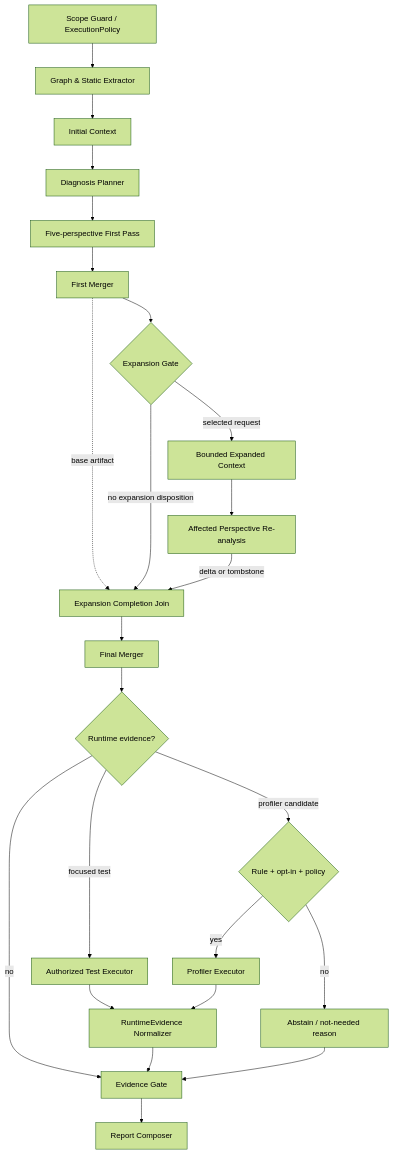
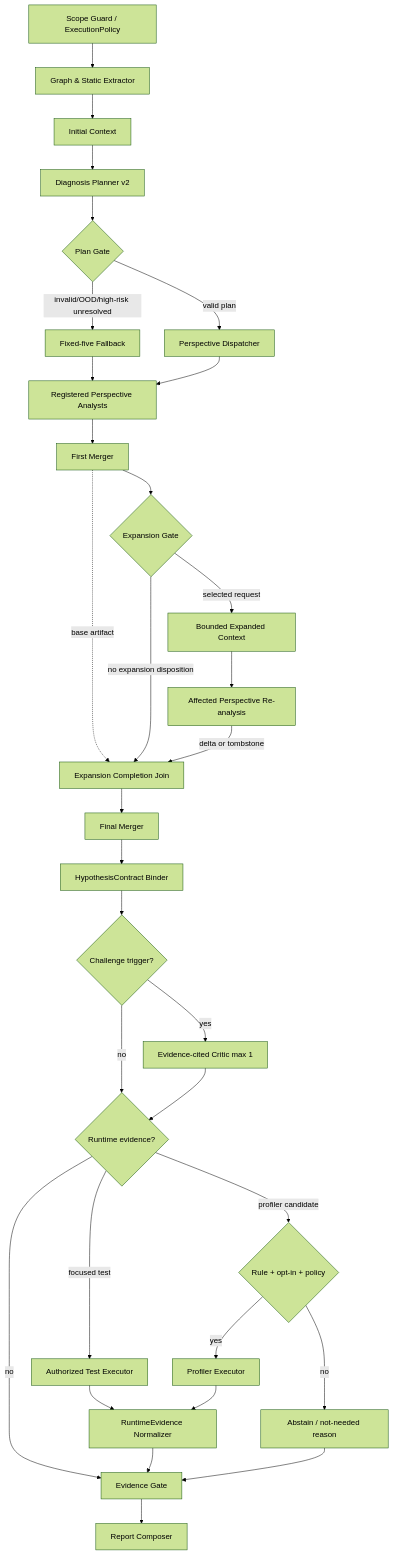
One commit to SonWY2/ai_cert_own changed the diagram in docs/ai-selection-matrix/04-agent-orchestration-adr.md. Above: the diagram before and after it, drawn with Mermaid (forest theme). The commit also changed other lines of this file and 28 other files, not shown here.

````diff
--- a/docs/ai-selection-matrix/04-agent-orchestration-adr.md
+++ b/docs/ai-selection-matrix/04-agent-orchestration-adr.md
@@ -35,26 +38,34 @@
 ```mermaid
 flowchart TD
     A[Scope Guard / ExecutionPolicy] --> B[Graph & Static Extractor]
     B --> C1[Initial Context]
-    C1 --> PL[Diagnosis Planner]
-    PL --> D1[Five-perspective First Pass]
+    C1 --> PL[Diagnosis Planner v2]
+    PL --> PG{Plan Gate}
+    PG -- invalid/OOD/high-risk unresolved --> F5[Fixed-five Fallback]
+    PG -- valid plan --> DS[Perspective Dispatcher]
+    F5 --> D1[Registered Perspective Analysts]
+    DS --> D1
     D1 --> M1[First Merger]
     M1 --> EG{Expansion Gate}
     M1 -. base artifact .-> J[Expansion Completion Join]
     EG -- no expansion disposition --> J
     EG -- selected request --> C2[Bounded Expanded Context]
     C2 --> D2[Affected Perspective Re-analysis]
     D2 -->|delta or tombstone| J
     J --> M2[Final Merger]
-    M2 --> R{Runtime evidence?}
+    M2 --> HC[HypothesisContract Binder]
+    HC --> Q{Challenge trigger?}
+    Q -- yes --> CR[Evidence-cited Critic max 1]
+    Q -- no --> R{Runtime evidence?}
+    CR --> R
     R -- no --> K[Evidence Gate]
     R -- focused test --> X[Authorized Test Executor]
     R -- profiler candidate --> O{Rule + opt-in + policy}
     O -- no --> A1[Abstain / not-needed reason]
     O -- yes --> Y[Profiler Executor]
     X --> H[RuntimeEvidence Normalizer]
     Y --> H
     H --> K
     A1 --> K
     K --> Z[Report Composer]
 ```
````
